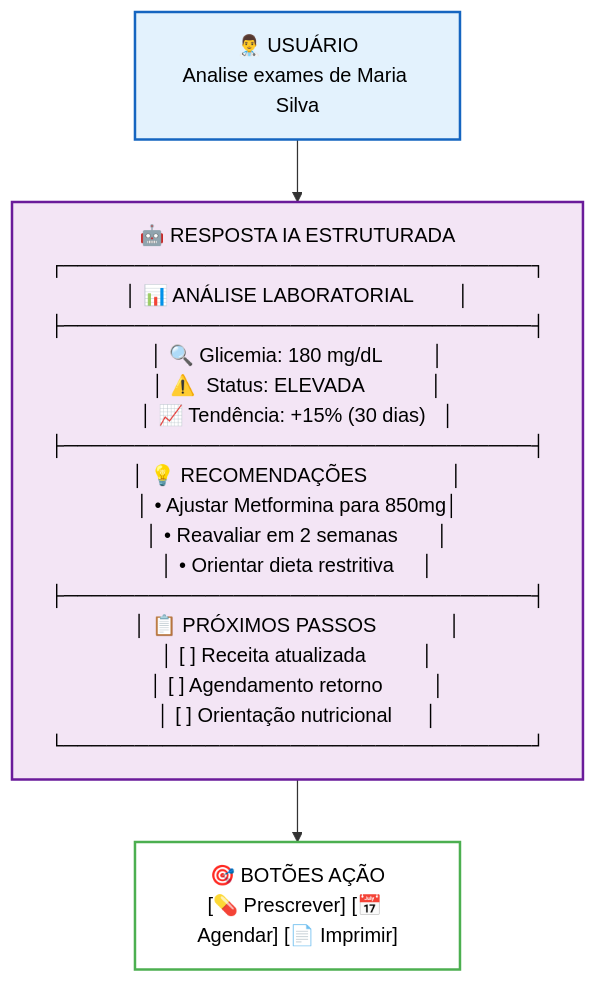
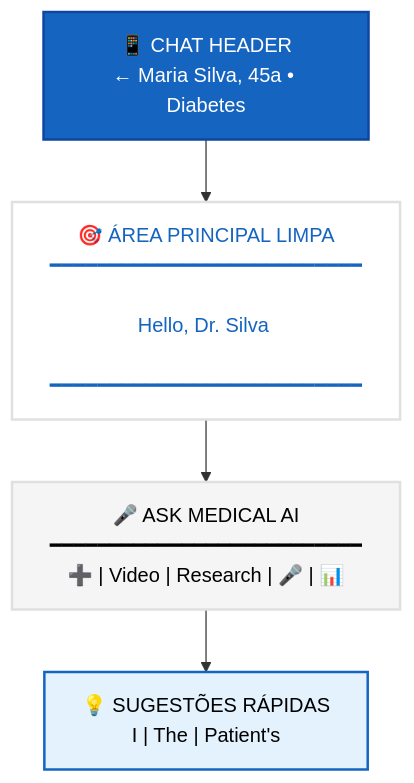
Before and after one commit to brunovlucena/prontuario: the second of 15 diagrams in DESIGN.md, drawn with Mermaid. The commit also changed other lines of this file, not shown here.

````diff
--- a/DESIGN.md
+++ b/DESIGN.md
@@ -63,15 +83,19 @@
 ```mermaid
 flowchart TD
-    UserQuery["👨‍⚕️ USUÁRIO<br/>Analise exames de Maria Silva"]
+    ChatHeader["📱 CHAT HEADER<br/>← Maria Silva, 45a • Diabetes"]
     
-    AIResponse["🤖 RESPOSTA IA ESTRUTURADA<br/>┌─────────────────────────────────┐<br/>│ 📊 ANÁLISE LABORATORIAL        │<br/>├─────────────────────────────────┤<br/>│ 🔍 Glicemia: 180 mg/dL         │<br/>│ ⚠️  Status: ELEVADA            │<br/>│ 📈 Tendência: +15% (30 dias)   │<br/>├─────────────────────────────────┤<br/>│ 💡 RECOMENDAÇÕES               │<br/>│ • Ajustar Metformina para 850mg│<br/>│ • Reavaliar em 2 semanas       │<br/>│ • Orientar dieta restritiva     │<br/>├─────────────────────────────────┤<br/>│ 📋 PRÓXIMOS PASSOS             │<br/>│ [ ] Receita atualizada          │<br/>│ [ ] Agendamento retorno         │<br/>│ [ ] Orientação nutricional      │<br/>└─────────────────────────────────┘"]
+    WelcomeArea["🎯 ÁREA PRINCIPAL LIMPA<br/>━━━━━━━━━━━━━━━━━━━━━━━━━━<br/>                          <br/>     Hello, Dr. Silva      <br/>                          <br/>━━━━━━━━━━━━━━━━━━━━━━━━━━"]
     
-    ActionButtons["🎯 BOTÕES AÇÃO<br/>[💊 Prescrever] [📅 Agendar] [📄 Imprimir]"]
+    InputArea["🎤 ASK MEDICAL AI<br/>━━━━━━━━━━━━━━━━━━━━━━━━━━<br/>➕ | Video | Research | 🎤 | 📊"]
+    
+    QuickSuggestions["💡 SUGESTÕES RÁPIDAS<br/>I | The | Patient's"]
 
-    UserQuery --> AIResponse
-    AIResponse --> ActionButtons
+    ChatHeader --> WelcomeArea
+    WelcomeArea --> InputArea
+    InputArea --> QuickSuggestions
 
-    style UserQuery fill:#E3F2FD,stroke:#1565C0,stroke-width:2px,color:#000
-    style AIResponse fill:#F3E5F5,stroke:#6A1B9A,stroke-width:2px,color:#000
-    style ActionButtons fill:#FFFFFF,stroke:#4CAF50,stroke-width:2px,color:#000
+    style ChatHeader fill:#1565C0,stroke:#0D47A1,stroke-width:2px,color:#fff
+    style WelcomeArea fill:#FFFFFF,stroke:#E0E0E0,stroke-width:2px,color:#1565C0
+    style InputArea fill:#F5F5F5,stroke:#E0E0E0,stroke-width:2px,color:#000
+    style QuickSuggestions fill:#E3F2FD,stroke:#1565C0,stroke-width:2px,color:#000
 ```
````
